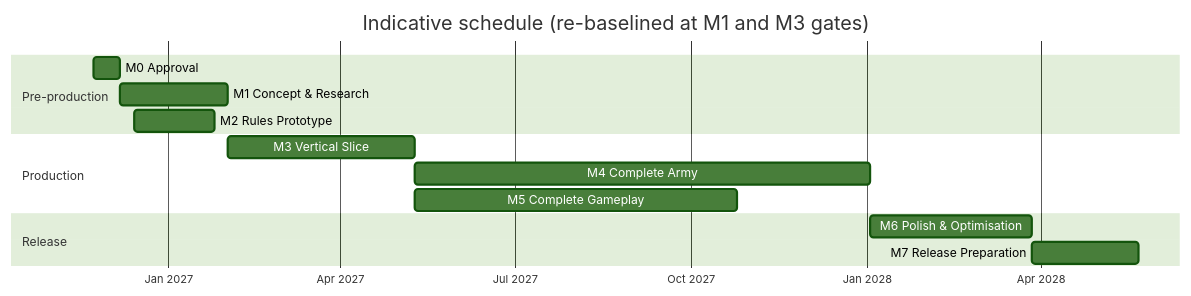
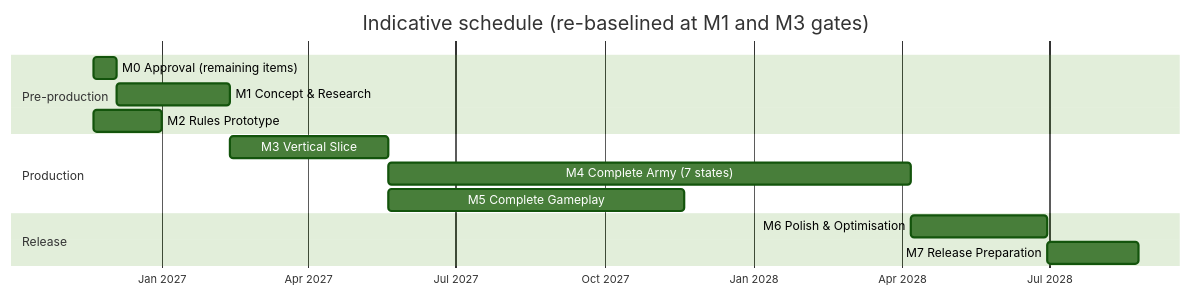
Before and after one commit to Aaron98Lee/Chinese-Chess-Warring-States: the diagram in docs/preproduction/09-development-roadmap.md, drawn with Mermaid (forest theme). The commit also changed other lines of this file and 12 other files, not shown here.

````diff
--- a/docs/preproduction/09-development-roadmap.md
+++ b/docs/preproduction/09-development-roadmap.md
@@ -30,17 +30,17 @@
 ```mermaid
 gantt
     title Indicative schedule (re-baselined at M1 and M3 gates)
     dateFormat  YYYY-MM-DD
     axisFormat  %b %Y
     section Pre-production
-    M0 Approval                         :m0, 2026-11-23, 2w
-    M1 Concept & Research               :m1, after m0, 8w
-    M2 Rules Prototype                  :m2, 2026-12-14, 6w
+    M0 Approval (remaining items)       :m0, 2026-11-20, 2w
+    M1 Concept & Research               :m1, after m0, 10w
+    M2 Rules Prototype                  :m2, 2026-11-20, 6w
     section Production
     M3 Vertical Slice                   :m3, after m1, 14w
-    M4 Complete Army                    :m4, after m3, 34w
-    M5 Complete Gameplay                :m5, after m3, 24w
+    M4 Complete Army (7 states)         :m4, after m3, 46w
+    M5 Complete Gameplay                :m5, after m3, 26w
     section Release
     M6 Polish & Optimisation            :m6, after m4, 12w
     M7 Release Preparation              :m7, after m6, 8w
 ```
````
